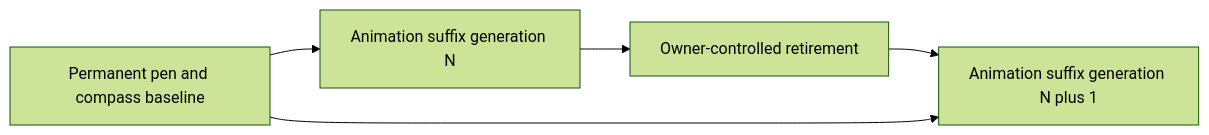
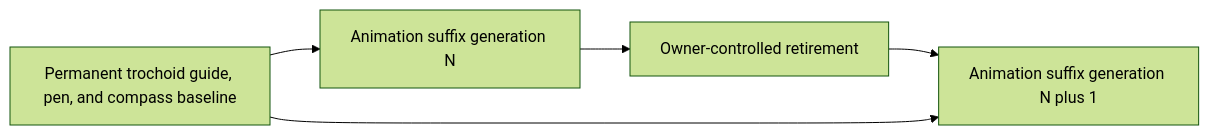
Before and after one commit to derekshoneycutt/Euclid: the fourth of 4 diagrams in docs/wiki/Guides/ShapeSystem.md, drawn with Mermaid (forest theme). The commit also changed other lines of this file and 54 other files, not shown here.

````diff
--- a/docs/wiki/Guides/ShapeSystem.md
+++ b/docs/wiki/Guides/ShapeSystem.md
@@ -345,10 +369,10 @@
 ```mermaid
 flowchart LR
-    B[Permanent pen and compass baseline]
+    B[Permanent trochoid guide, pen, and compass baseline]
     A1[Animation suffix generation N]
     R[Owner-controlled retirement]
     A2[Animation suffix generation N plus 1]
 
     B --> A1 --> R --> A2
     B --> A2
 ```
````
